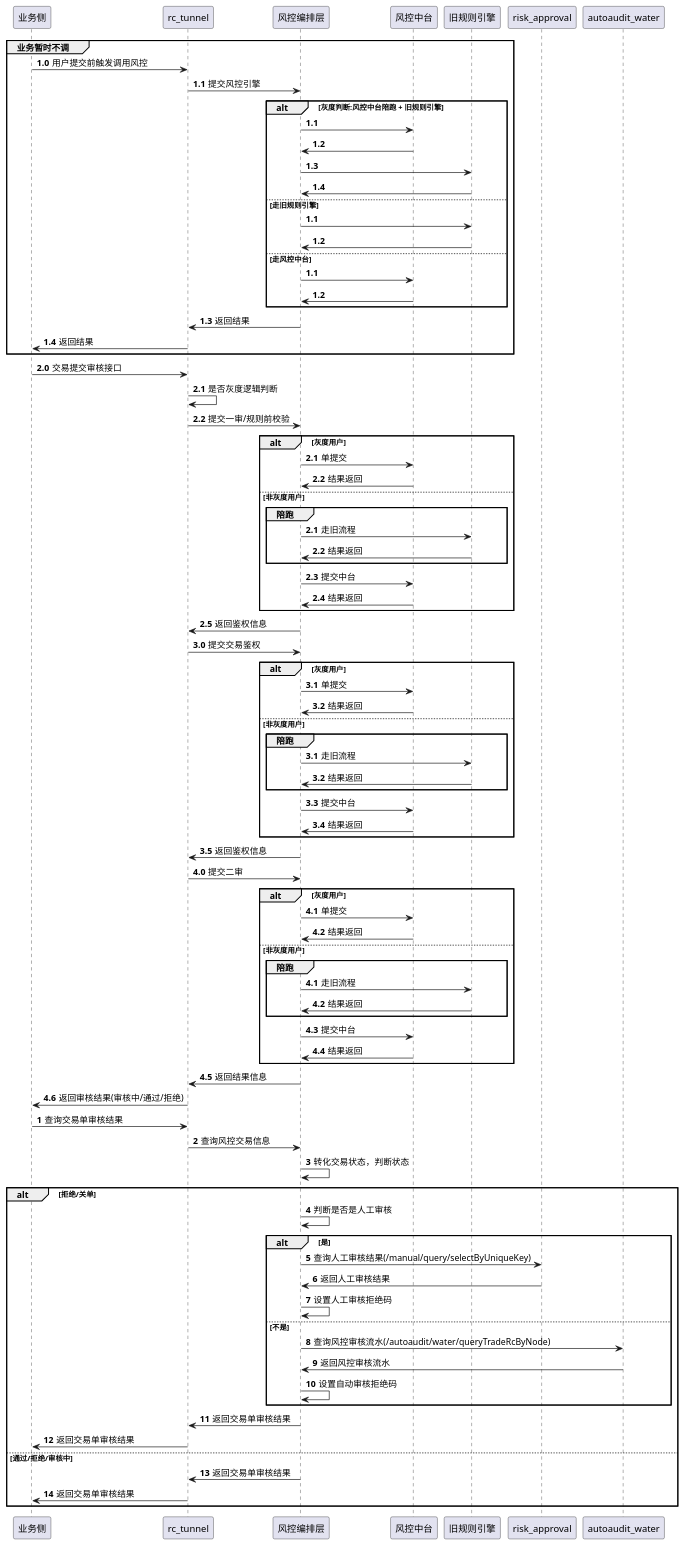
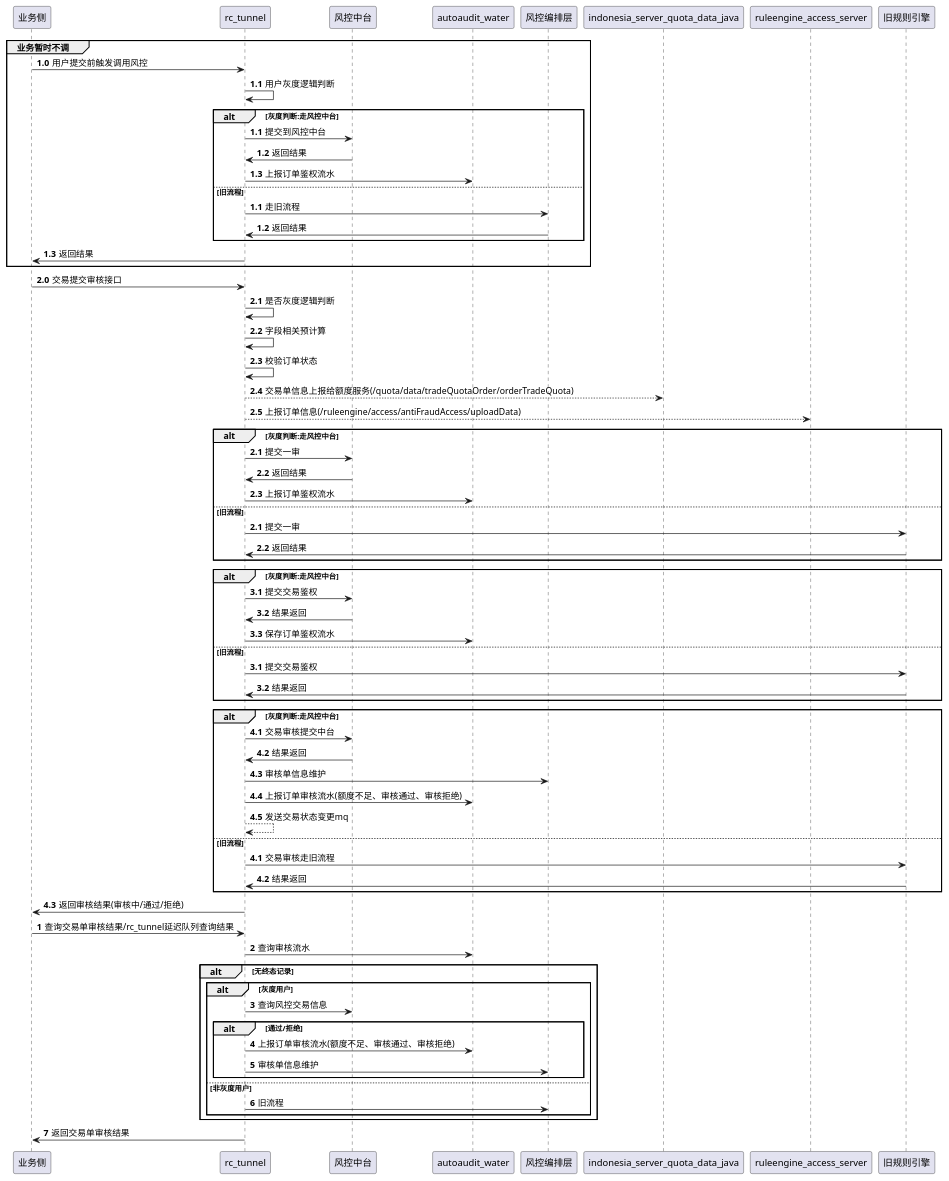
Before and after one commit to lujx98/algo: the diagram in random/src/main/java/com/p2/技术方案-p2流程设计.puml, drawn with PlantUML. The commit also changed 4 other files, not shown here.

```diff
--- a/random/src/main/java/com/p2/技术方案-p2流程设计.puml
+++ b/random/src/main/java/com/p2/技术方案-p2流程设计.puml
@@ -1,108 +1,107 @@
 @startuml
 'https://plantuml.com/sequence-diagram
 
 
 autonumber
 
 group 业务暂时不调
 autonumber 1.0
 业务侧 -> rc_tunnel:用户提交前触发调用风控
-rc_tunnel -> 风控编排层:提交风控引擎
-alt 灰度判断:风控中台陪跑 + 旧规则引擎
+rc_tunnel -> rc_tunnel:用户灰度逻辑判断
+alt 灰度判断:走风控中台
     autonumber 1.1
-    风控编排层 -> 风控中台:
-    风控中台 -> 风控编排层:
-    风控编排层 -> 旧规则引擎:
-    旧规则引擎 -> 风控编排层:
-else 走旧规则引擎
+    rc_tunnel -> 风控中台:提交到风控中台
+    风控中台 -> rc_tunnel:返回结果
+    rc_tunnel -> autoaudit_water:上报订单鉴权流水
+else 旧流程
     autonumber 1.1
-    风控编排层 -> 旧规则引擎:
-    旧规则引擎 -> 风控编排层:
-else 走风控中台
-    autonumber 1.1
-    风控编排层 -> 风控中台:
-    风控中台 -> 风控编排层:
+    rc_tunnel -> 风控编排层:走旧流程
+    风控编排层 -> rc_tunnel: 返回结果
 end
-风控编排层 -> rc_tunnel: 返回结果
 rc_tunnel -> 业务侧: 返回结果
 end
+
+
+
+
 
 autonumber 2.0
 业务侧 -> rc_tunnel: 交易提交审核接口
 rc_tunnel -> rc_tunnel : 是否灰度逻辑判断
-rc_tunnel -> 风控编排层: 提交一审/规则前校验
-alt 灰度用户
-    autonumber 2.1
-    风控编排层 -> 风控中台:单提交
-    风控中台 -> 风控编排层:结果返回
-else 非灰度用户
-    autonumber 2.1
-    group 陪跑
-        风控编排层 -> 旧规则引擎:走旧流程
-        旧规则引擎 -> 风控编排层:结果返回
-    end
-    风控编排层 -> 风控中台:提交中台
-    风控中台 -> 风控编排层:结果返回
-end
-风控编排层 -> rc_tunnel:返回鉴权信息
+rc_tunnel -> rc_tunnel:字段相关预计算
+rc_tunnel -> rc_tunnel:校验订单状态
+rc_tunnel --> indonesia_server_quota_data_java:交易单信息上报给额度服务(/quota/data/tradeQuotaOrder/orderTradeQuota)
+rc_tunnel --> ruleengine_access_server:上报订单信息(/ruleengine/access/antiFraudAccess/uploadData)
 
 
 
+
+'一审逻辑
+alt 灰度判断:走风控中台
+    autonumber 2.1
+    rc_tunnel -> 风控中台:提交一审
+    风控中台 -> rc_tunnel:返回结果
+    rc_tunnel -> autoaudit_water:上报订单鉴权流水
+else 旧流程
+    autonumber 2.1
+    rc_tunnel -> 旧规则引擎:提交一审
+    旧规则引擎 -> rc_tunnel: 返回结果
+end
+
+
+
+
+'交易鉴权
 autonumber 3.0
-rc_tunnel -> 风控编排层: 提交交易鉴权
-alt 灰度用户
+alt 灰度判断:走风控中台
     autonumber 3.1
-    风控编排层 -> 风控中台:单提交
-    风控中台 -> 风控编排层:结果返回
-else 非灰度用户
+    rc_tunnel -> 风控中台:提交交易鉴权
+    风控中台 -> rc_tunnel:结果返回
+    rc_tunnel -> autoaudit_water:保存订单鉴权流水
+else 旧流程
     autonumber 3.1
-    group 陪跑
-        风控编排层 -> 旧规则引擎:走旧流程
-        旧规则引擎 -> 风控编排层:结果返回
-    end
-    风控编排层 -> 风控中台:提交中台
-    风控中台 -> 风控编排层:结果返回
+    rc_tunnel -> 旧规则引擎:提交交易鉴权
+    旧规则引擎 -> rc_tunnel:结果返回
 end
-风控编排层 -> rc_tunnel:返回鉴权信息
 
+
+
+
+'二审逻辑
 autonumber 4.0
-rc_tunnel -> 风控编排层: 提交二审
-alt 灰度用户
+alt 灰度判断:走风控中台
     autonumber 4.1
-    风控编排层 -> 风控中台:单提交
-    风控中台 -> 风控编排层:结果返回
-else 非灰度用户
+    rc_tunnel -> 风控中台:交易审核提交中台
+    风控中台 -> rc_tunnel:结果返回
+    rc_tunnel -> 风控编排层:审核单信息维护
+    rc_tunnel -> autoaudit_water:上报订单审核流水(额度不足、审核通过、审核拒绝)
+    rc_tunnel --> rc_tunnel:发送交易状态变更mq
+else 旧流程
     autonumber 4.1
-    group 陪跑
-        风控编排层 -> 旧规则引擎:走旧流程
-        旧规则引擎 -> 风控编排层:结果返回
-    end
-    风控编排层 -> 风控中台:提交中台
-    风控中台 -> 风控编排层:结果返回
+    rc_tunnel -> 旧规则引擎:交易审核走旧流程
+    旧规则引擎 -> rc_tunnel:结果返回
 end
-风控编排层 -> rc_tunnel:返回结果信息
 rc_tunnel -> 业务侧: 返回审核结果(审核中/通过/拒绝)
 
 
-autonumber
-业务侧 -> rc_tunnel: 查询交易单审核结果
-rc_tunnel -> 风控编排层:查询风控交易信息
-风控编排层 -> 风控编排层:转化交易状态，判断状态
-alt 拒绝/关单
-    风控编排层 -> 风控编排层:判断是否是人工审核
-    alt 是
-        风控编排层 -> risk_approval:查询人工审核结果(/manual/query/selectByUniqueKey)
-        risk_approval -> 风控编排层:返回人工审核结果
-        风控编排层 -> 风控编排层:设置人工审核拒绝码
-    else 不是
-        风控编排层 -> autoaudit_water:查询风控审核流水(/autoaudit/water/queryTradeRcByNode)
-        autoaudit_water -> 风控编排层:返回风控审核流水
-        风控编排层 -> 风控编排层:设置自动审核拒绝码
+
+
+
+
+autonumber 1
+业务侧 -> rc_tunnel: 查询交易单审核结果/rc_tunnel延迟队列查询结果
+rc_tunnel -> autoaudit_water :查询审核流水
+alt 无终态记录
+    alt 灰度用户
+        rc_tunnel -> 风控中台:查询风控交易信息
+        '人工审核流水 怎么样操作？
+        alt 通过/拒绝
+            rc_tunnel -> autoaudit_water:上报订单审核流水(额度不足、审核通过、审核拒绝)
+            rc_tunnel -> 风控编排层:审核单信息维护
+        end
+    else 非灰度用户
+        rc_tunnel -> 风控编排层 : 旧流程
     end
-    风控编排层 -> rc_tunnel:返回交易单审核结果
-    rc_tunnel -> 业务侧:返回交易单审核结果
-else 通过/拒绝/审核中
-    风控编排层 -> rc_tunnel:返回交易单审核结果
-    rc_tunnel -> 业务侧:返回交易单审核结果
 end
+rc_tunnel -> 业务侧:返回交易单审核结果
 @enduml
```
